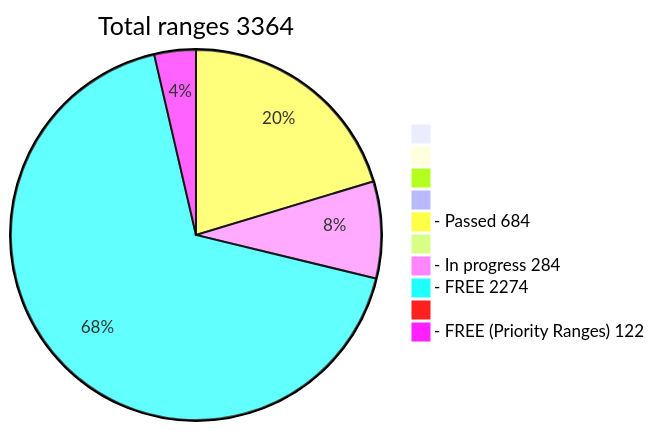
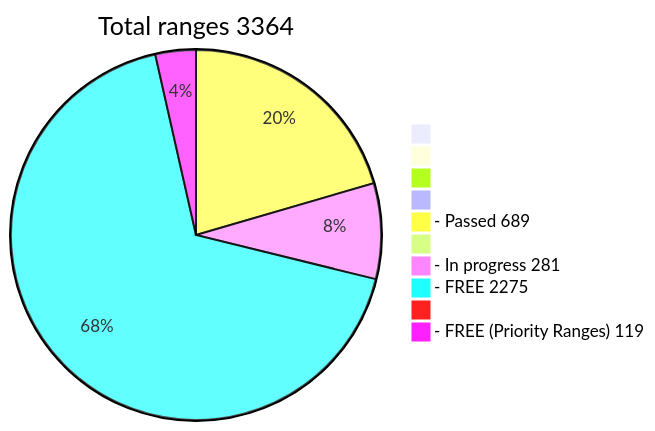
Before and after one commit to phrutis/wif500: the diagram in README.md, drawn with Mermaid.

````diff
--- a/README.md
+++ b/README.md
@@ -16,13 +16,13 @@
 ```mermaid
 pie title Total ranges 3364
              " " : 0
             "  " : 0
            "   " : 0
           "    " : 0
-  "- Passed 684" : 684
+  "- Passed 689" : 689
          "     " : 0
-  "- In progress 284" : 284
-   "- FREE 2274" : 2274
+  "- In progress 281" : 281
+   "- FREE 2275" : 2275
         "      " : 0
-  "- FREE (Priority Ranges) 122" : 122
+  "- FREE (Priority Ranges) 119" : 119
 ```
````
